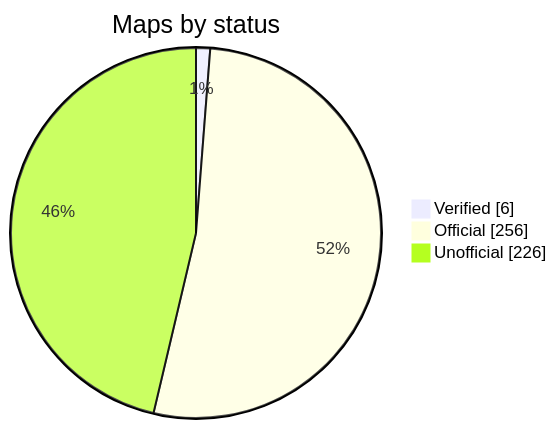
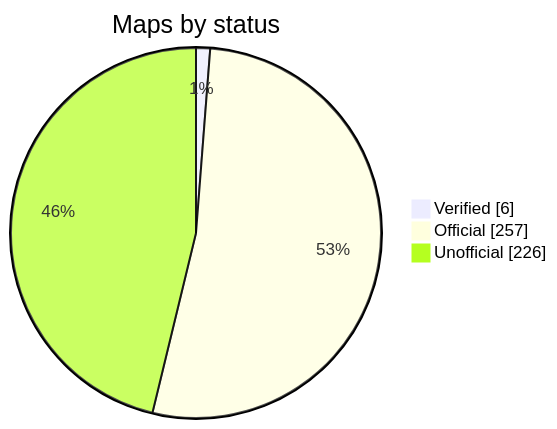
Before and after one commit to nobrega8/mbmap-library: the diagram in README.md, drawn with Mermaid. The commit also changed 2 other files, not shown here.

Commit message:
Add the Electools EDM-TH100 map (#61) (#63)

````diff
--- a/README.md
+++ b/README.md
@@ -48,7 +48,7 @@
 ```mermaid
 pie showData
     title Maps by status
     "Verified" : 6
-    "Official" : 256
+    "Official" : 257
     "Unofficial" : 226
 ```
````
